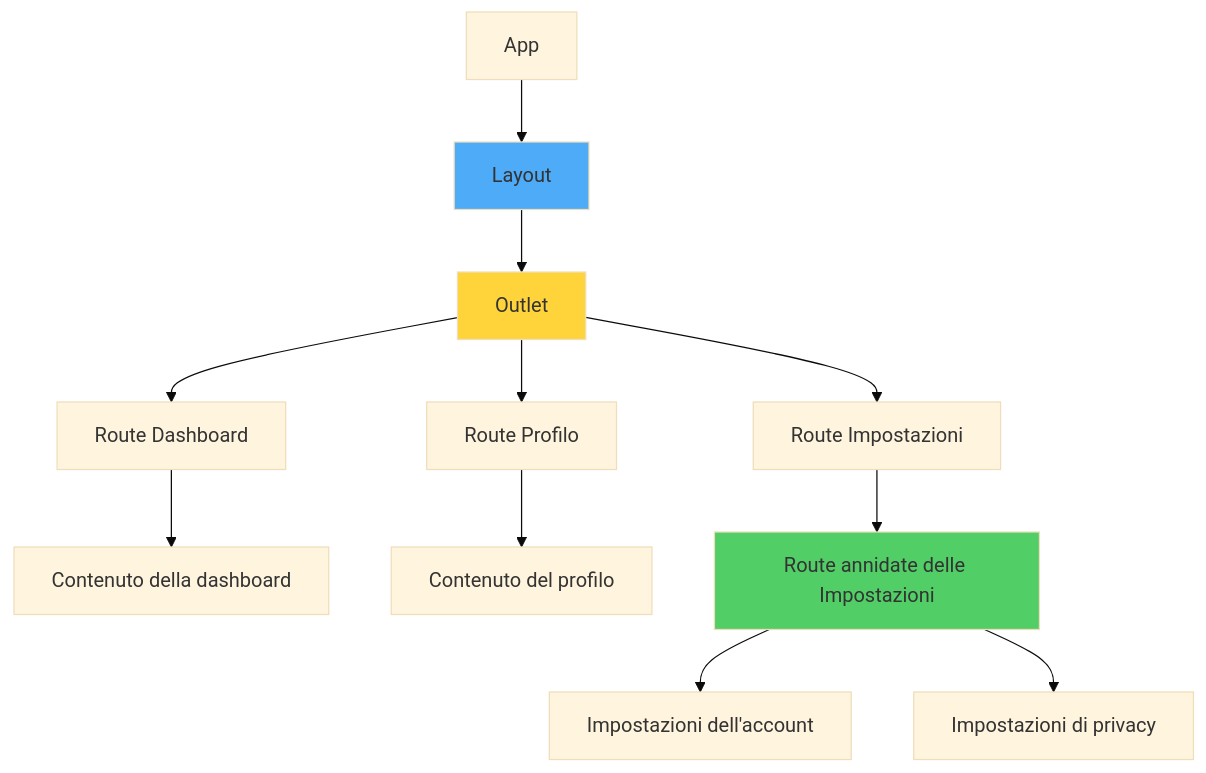
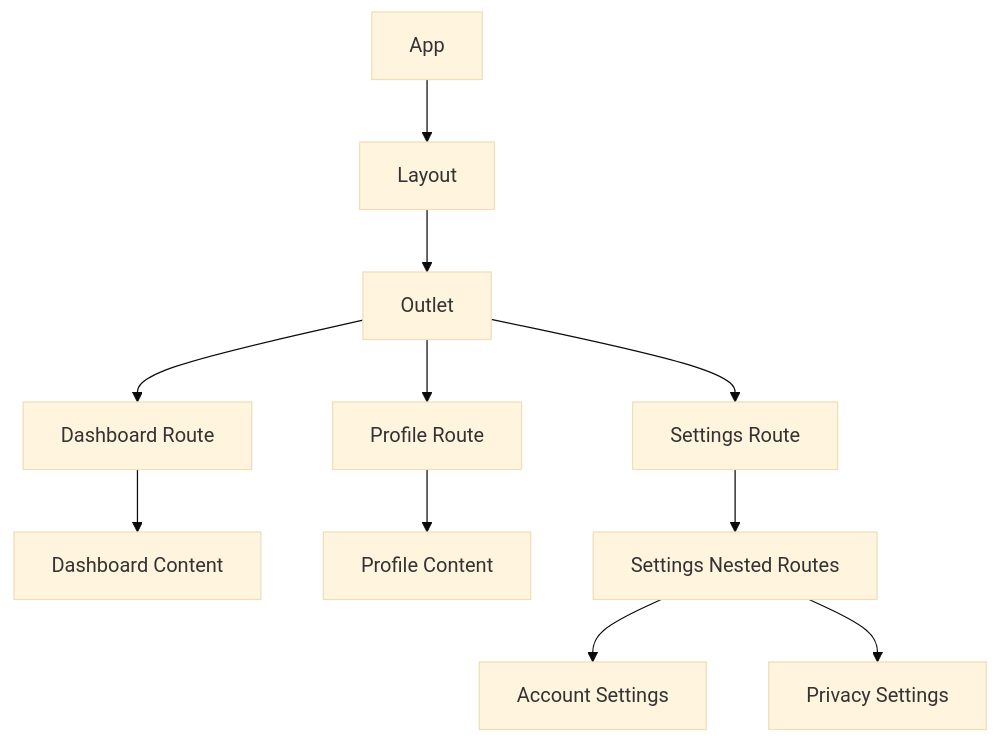
Before and after one commit to BabaScience/react-guides: the third of 6 diagrams in arguments/chapters/it/05-routing.md, drawn with Mermaid (base theme). The commit also changed other lines of this file and 29 other files, not shown here.

First line of the commit message:
Bring React FR/IT translations to full English parity + theme-safe diagrams

````diff
--- a/arguments/chapters/it/05-routing.md
+++ b/arguments/chapters/it/05-routing.md
@@ -137,20 +770,17 @@
 ```mermaid
 graph TD
-    A["App"] --> B["Layout"]
-    B --> C["Outlet"]
-
-    C --> D["Route Dashboard"]
-    C --> E["Route Profilo"]
-    C --> F["Route Impostazioni"]
-
-    D --> G["Contenuto della dashboard"]
-    E --> H["Contenuto del profilo"]
-    F --> I["Route annidate delle Impostazioni"]
-
-    I --> J["Impostazioni dell'account"]
-    I --> K["Impostazioni di privacy"]
-
-    style B fill:#4dabf7
-    style C fill:#ffd43b
-    style I fill:#51cf66
+    A[App] --> B[Layout]
+    B --> C[Outlet]
+    
+    C --> D[Dashboard Route]
+    C --> E[Profile Route]
+    C --> F[Settings Route]
+    
+    D --> G[Dashboard Content]
+    E --> H[Profile Content]
+    F --> I[Settings Nested Routes]
+    
+    I --> J[Account Settings]
+    I --> K[Privacy Settings]
+    
 ```
````
